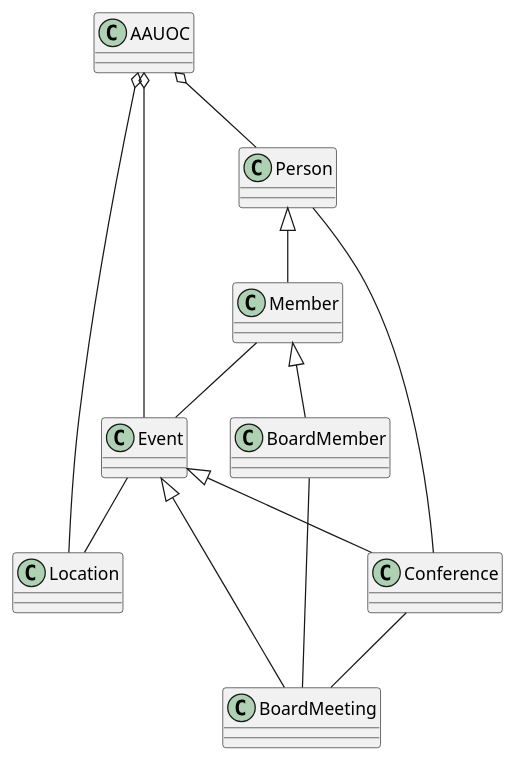
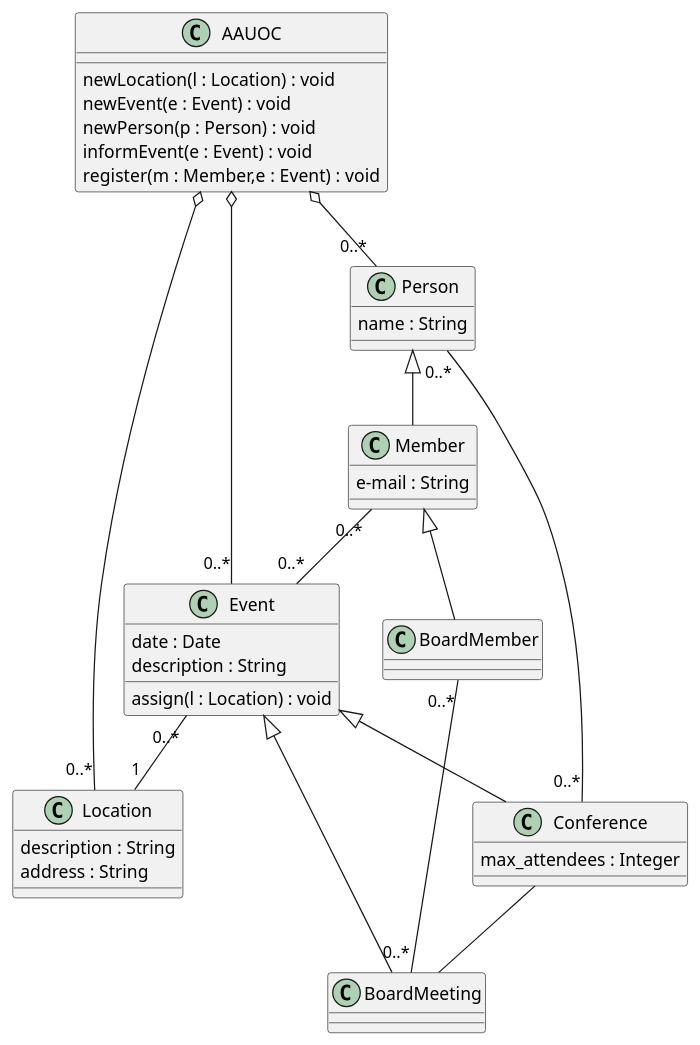
Before and after one commit to Borjiuxvl/UMLClasesBorjaVidal: the diagram in src/TestUMLBorjaVidal.puml, drawn with PlantUML.

Commit message:
Tercer Commit Diagrama Completo

```diff
--- a/src/TestUMLBorjaVidal.puml
+++ b/src/TestUMLBorjaVidal.puml
@@ -1,38 +1,57 @@
 @startuml
 
-class AAUOC
+class AAUOC {
+newLocation(l : Location) : void
+newEvent(e : Event) : void
+newPerson(p : Person) : void
+informEvent(e : Event) : void
+register(m : Member,e : Event) : void
+}
 
-class Location
+class Location{
+description : String
+address : String
+}
 
-AAUOC o-- Location
+AAUOC o-- "0..*" Location
 
-class Event
+class Event{
+date : Date
+description : String
+assign(l : Location) : void
+}
 
-AAUOC o-- Event
-Event -- Location
+AAUOC o-- "0..*" Event
+Event "0..*" -- "1" Location
 
-class Conference
+class Conference{
+max_attendees : Integer
+}
 
 Event <|-- Conference
 Conference -- BoardMeeting
 
 class BoardMeeting
 
 Event <|-- BoardMeeting
 
-class Person
+class Person{
+name : String
+}
 
-AAUOC o-- Person
-Person -- Conference
+AAUOC o-- "0..*" Person
+Person "0..*" -- "0..*" Conference
 
-class Member
+class Member{
+e-mail : String
+}
 
 Person <|-- Member
-Member -- Event
+Member "0..*" -- "0..*" Event
 
 class BoardMember
 
 Member <|-- BoardMember
-BoardMember -- BoardMeeting
+BoardMember "0..*" -- "0..*" BoardMeeting
 
 @enduml
```
